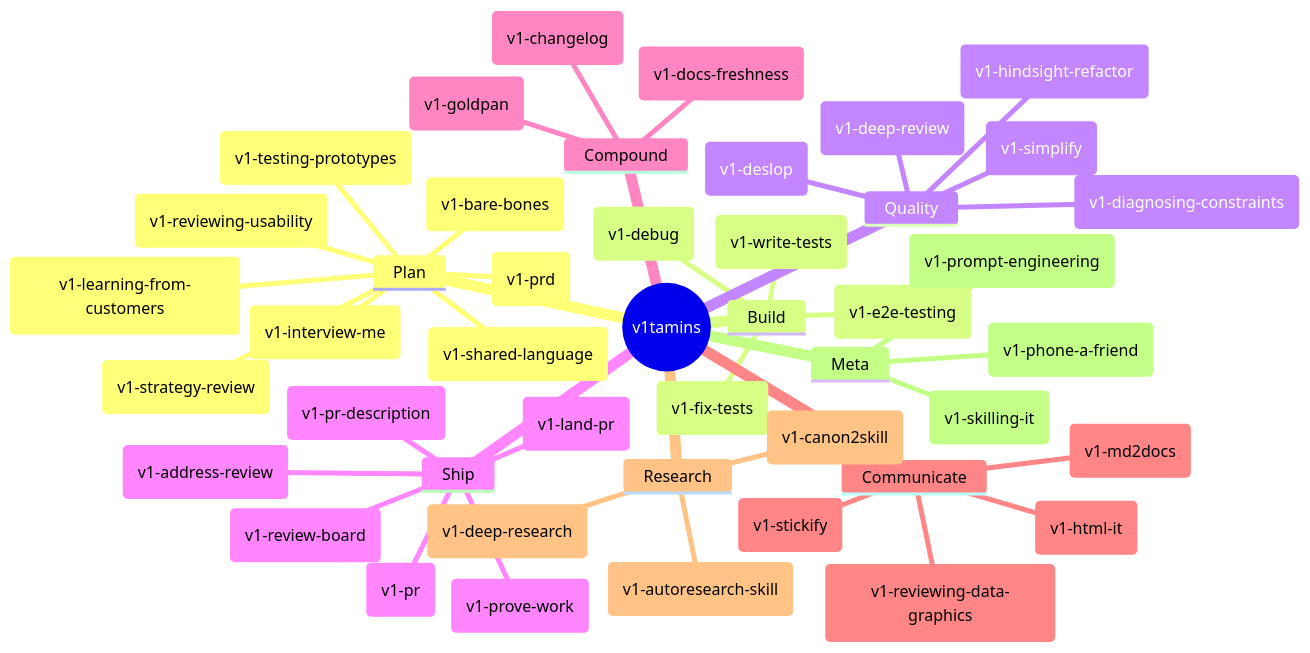
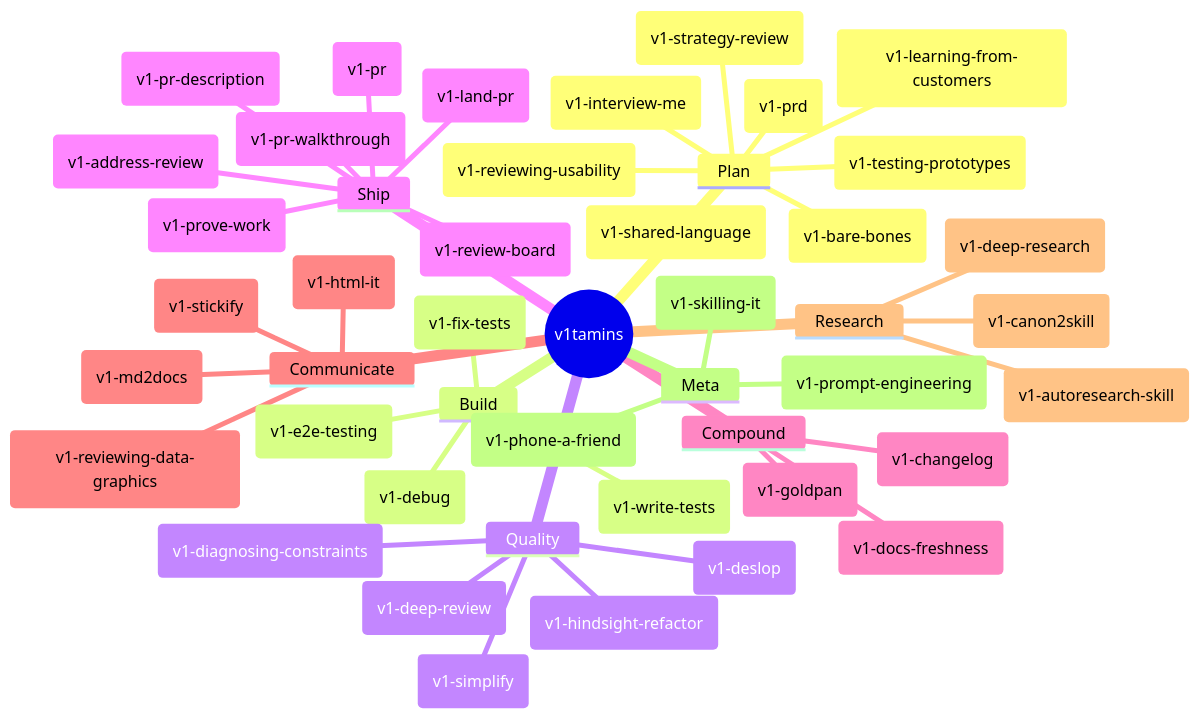
The first of 6 diagrams in README.md (v1-io/v1tamins), drawn with Mermaid before and after one commit. The commit also changed other lines of this file and 8 other files, not shown here.

````diff
--- a/README.md
+++ b/README.md
@@ -114,48 +114,49 @@
 ```mermaid
 mindmap
   root((v1tamins))
     Plan
       ("v1-interview-me")
       ("v1-strategy-review")
       ("v1-bare-bones")
       ("v1-shared-language")
       ("v1-prd")
       ("v1-learning-from-customers")
       ("v1-testing-prototypes")
       ("v1-reviewing-usability")
     Build
       ("v1-debug")
       ("v1-fix-tests")
       ("v1-write-tests")
       ("v1-e2e-testing")
     Quality
       ("v1-simplify")
       ("v1-deslop")
       ("v1-hindsight-refactor")
       ("v1-deep-review")
       ("v1-diagnosing-constraints")
     Ship
       ("v1-pr")
       ("v1-pr-description")
       ("v1-land-pr")
+      ("v1-pr-walkthrough")
       ("v1-address-review")
       ("v1-review-board")
       ("v1-prove-work")
     Compound
       ("v1-goldpan")
       ("v1-docs-freshness")
       ("v1-changelog")
     Communicate
       ("v1-stickify")
       ("v1-md2docs")
       ("v1-html-it")
       ("v1-reviewing-data-graphics")
     Research
       ("v1-deep-research")
       ("v1-autoresearch-skill")
       ("v1-canon2skill")
     Meta
       ("v1-phone-a-friend")
       ("v1-skilling-it")
       ("v1-prompt-engineering")
 ```
````
